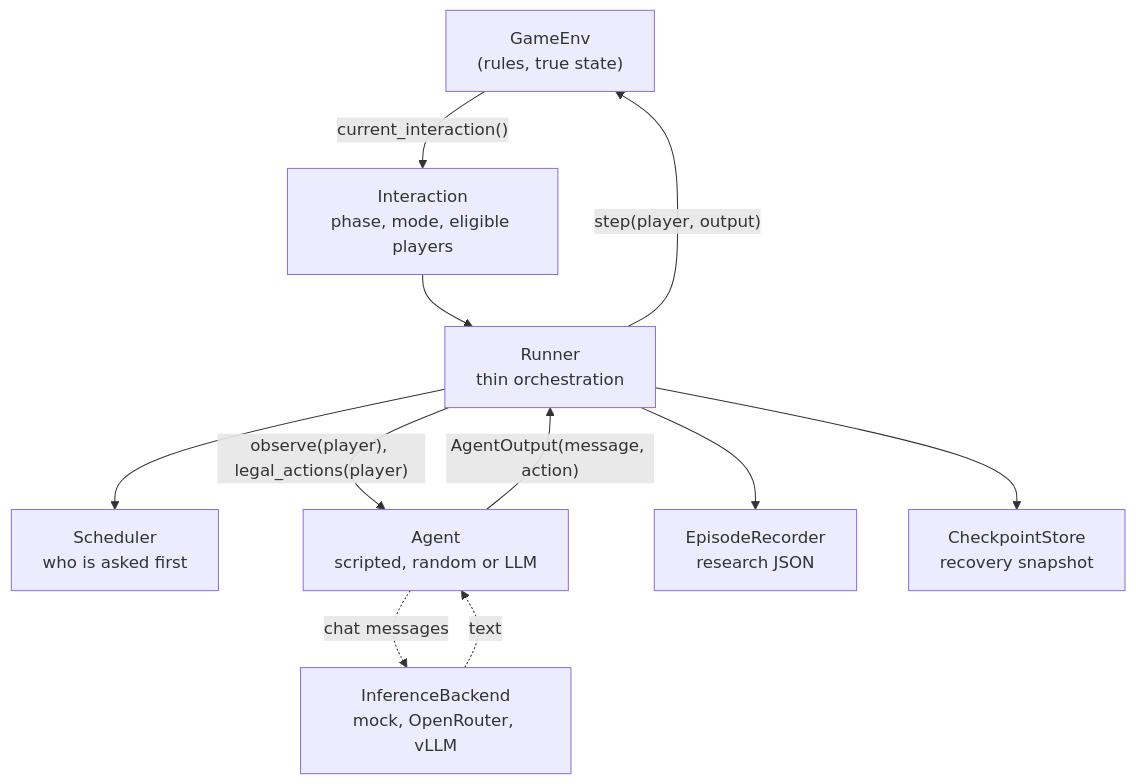
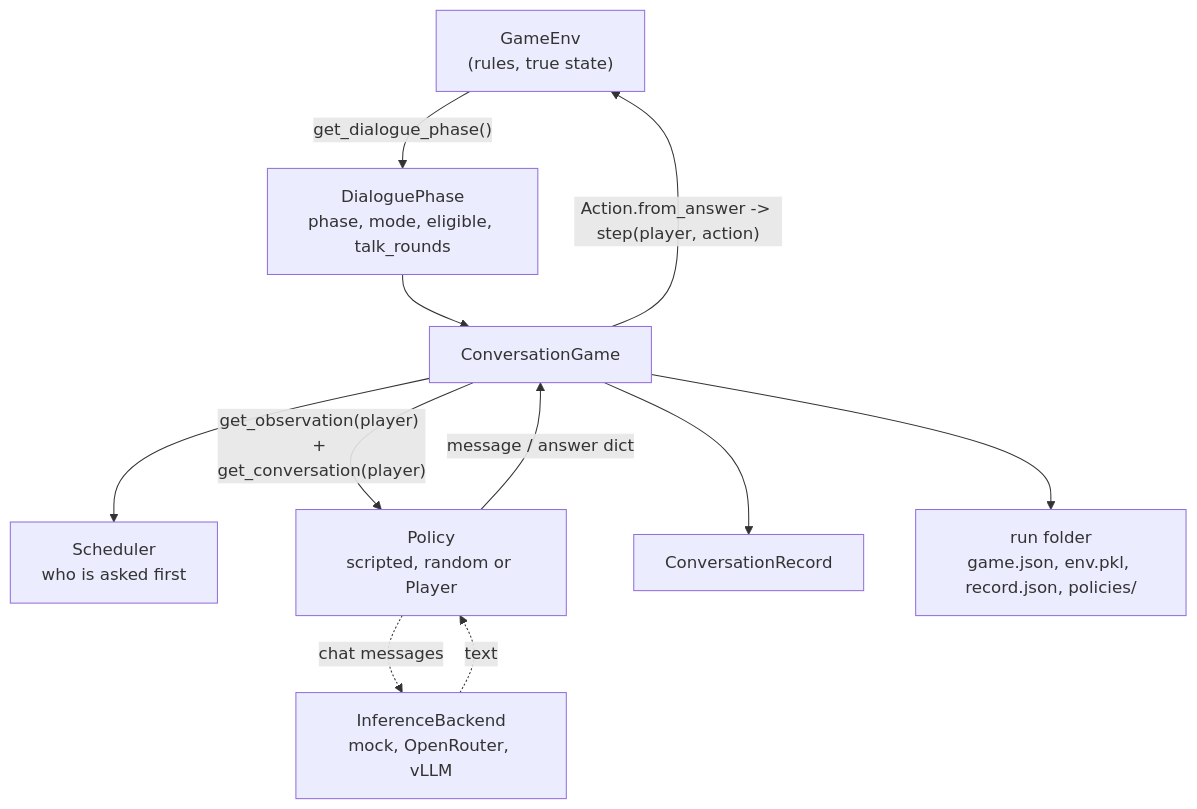
Before and after one commit to masatonaut/selfplay-worlds: the first of 3 diagrams in docs/architecture.md, drawn with Mermaid. The commit also changed other lines of this file and 60 other files, not shown here.

First line of the commit message:
Redesign around GameEnv, Policy and ConversationGame

````diff
--- a/docs/architecture.md
+++ b/docs/architecture.md
@@ -44,13 +53,13 @@
 ```mermaid
 flowchart TD
-    ENV["GameEnv<br/>(rules, true state)"] -->|"current_interaction()"| INT["Interaction<br/>phase, mode, eligible players"]
-    INT --> RUN["Runner<br/>thin orchestration"]
-    RUN --> SCH["Scheduler<br/>who is asked first"]
-    RUN -->|"observe(player), legal_actions(player)"| AG["Agent<br/>scripted, random or LLM"]
-    AG -.->|"chat messages"| INF["InferenceBackend<br/>mock, OpenRouter, vLLM"]
-    INF -.->|"text"| AG
-    AG -->|"AgentOutput(message, action)"| RUN
-    RUN -->|"step(player, output)"| ENV
-    RUN --> LOG["EpisodeRecorder<br/>research JSON"]
-    RUN --> CKPT["CheckpointStore<br/>recovery snapshot"]
+    ENV["GameEnv<br/>(rules, true state)"] -->|"get_dialogue_phase()"| PH["DialoguePhase<br/>phase, mode, eligible, talk_rounds"]
+    PH --> CG["ConversationGame"]
+    CG --> SCH["Scheduler<br/>who is asked first"]
+    CG -->|"get_observation(player) + get_conversation(player)"| POL["Policy<br/>scripted, random or Player"]
+    POL -.->|"chat messages"| INF["InferenceBackend<br/>mock, OpenRouter, vLLM"]
+    INF -.->|"text"| POL
+    POL -->|"message / answer dict"| CG
+    CG -->|"Action.from_answer -> step(player, action)"| ENV
+    CG --> REC["ConversationRecord"]
+    CG --> SAVE["run folder<br/>game.json, env.pkl, record.json, policies/"]
 ```
````
